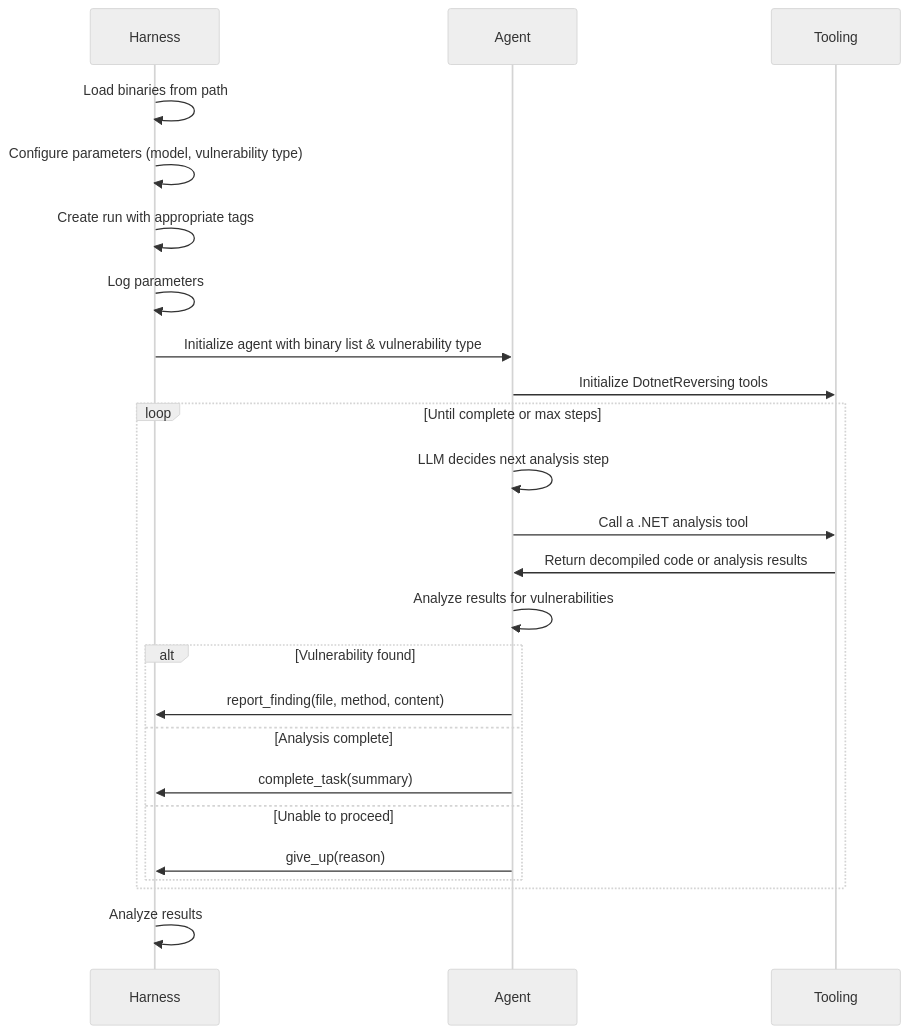
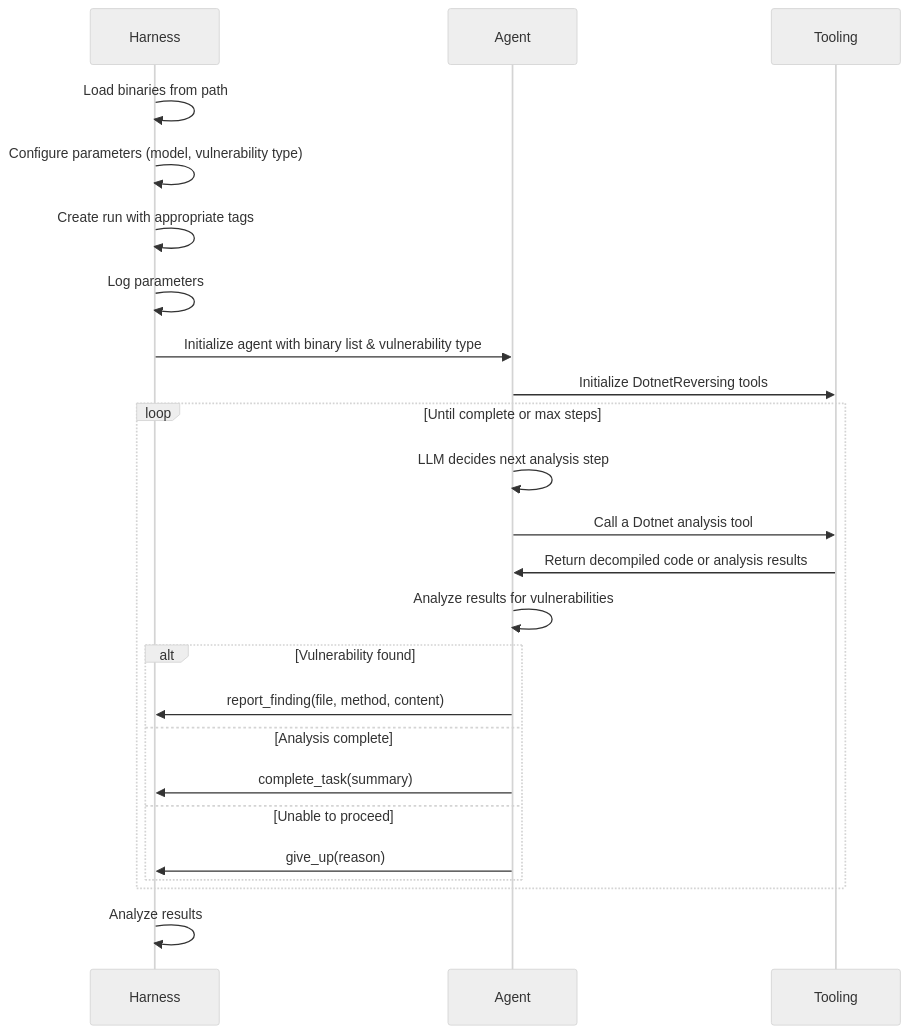
The diagram in docs/how-to/write-a-dotnet-reversing-agent.mdx (dreadnode/sdk), drawn with Mermaid (neutral theme) before and after one commit. The commit also changed other lines of this file and 6 other files, not shown here.

````diff
--- a/docs/how-to/write-a-dotnet-reversing-agent.mdx
+++ b/docs/how-to/write-a-dotnet-reversing-agent.mdx
@@ -25,30 +119,30 @@
 ```mermaid
 sequenceDiagram
     participant H as Harness
     participant A as Agent
     participant T as Tooling
 
     H->>H: Load binaries from path
     H->>H: Configure parameters (model, vulnerability type)
     H->>H: Create run with appropriate tags
     H->>H: Log parameters
 
     H->>A: Initialize agent with binary list & vulnerability type
     A->>T: Initialize DotnetReversing tools
 
     loop Until complete or max steps
         A->>A: LLM decides next analysis step
-        A->>T: Call a .NET analysis tool
+        A->>T: Call a Dotnet analysis tool
         T->>A: Return decompiled code or analysis results
         A->>A: Analyze results for vulnerabilities
         alt Vulnerability found
             A->>H: report_finding(file, method, content)
         else Analysis complete
             A->>H: complete_task(summary)
         else Unable to proceed
             A->>H: give_up(reason)
         end
     end
 
     H->>H: Analyze results
 ```
````
